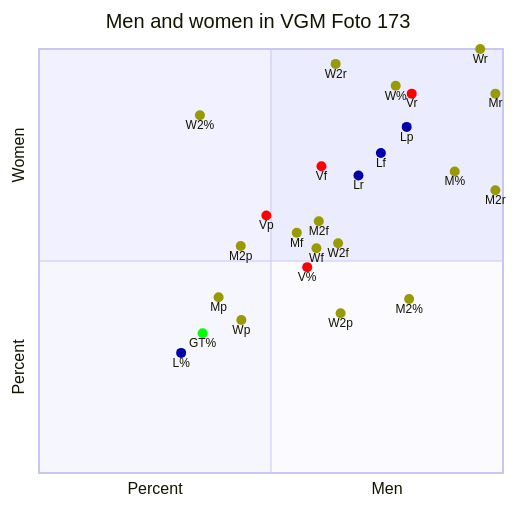
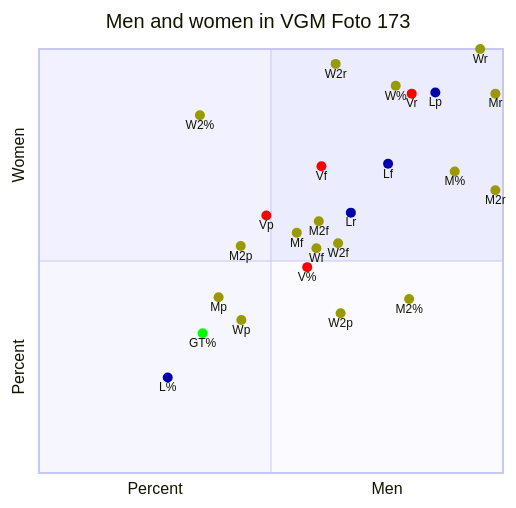
The fifth of 11 diagrams in browser/scatter.md (Modern36/tropes_1500), drawn with Mermaid before and after one commit. The commit also changed other lines of this file and 318 other files, not shown here.

````diff
--- a/browser/scatter.md
+++ b/browser/scatter.md
@@ -159,32 +159,32 @@
 ```mermaid
 quadrantChart
     title Men and women in VGM Foto 173
     x-axis Percent --> Men
     y-axis Percent --> Women
     M%: [0.8959537572254336, 0.7109826589595376] color: #999900
     M2%: [0.7976878612716763, 0.41040462427745666] color: #999900
     W%: [0.7687861271676301, 0.9132947976878613] color: #999900
     W2%: [0.3468208092485549, 0.8439306358381503] color: #999900
     GT%: [0.35260115606936415, 0.32947976878612717] color: #00FF00
     V%: [0.5780346820809249, 0.48554913294797686] color: #FF0000
-    L%: [0.3063583815028902, 0.2832369942196532] color: #0000AA
-    Lf: [0.7368421052631579, 0.7547169811320754]  color: #0000AA
-    Lp: [0.7924528301886793, 0.8163265306122449]  color: #0000AA
-    Lr: [0.6885245901639344, 0.7017543859649122]  color: #0000AA
-    Vf: [0.6086956521739131, 0.7234042553191489]  color: #FF0000
+    L%: [0.2774566473988439, 0.2254335260115607] color: #0000AA
+    Lf: [0.7522935779816514, 0.7291666666666666]  color: #0000AA
+    Lp: [0.8541666666666666, 0.8974358974358975]  color: #0000AA
+    Lr: [0.6721311475409836, 0.6140350877192983]  color: #0000AA
+    Vf: [0.6086956521739131, 0.723404255319149]  color: #FF0000
     Vp: [0.49, 0.6071428571428571]  color: #FF0000
     Vr: [0.8032786885245902, 0.8947368421052632]  color: #FF0000
-    W2f: [0.6446280991735538, 0.541871921182266]  color: #999900
+    W2f: [0.6446280991735537, 0.541871921182266]  color: #999900
     W2p: [0.65, 0.3767123287671233]  color: #999900
     W2r: [0.639344262295082, 0.9649122807017544]  color: #999900
-    Wf: [0.597938144329897, 0.5302325581395348]  color: #999900
+    Wf: [0.5979381443298969, 0.5302325581395348]  color: #999900
     Wp: [0.43609022556390975, 0.36075949367088606]  color: #999900
     Wr: [0.9508196721311475, 0.9999]  color: #999900
-    M2f: [0.6030150753768845, 0.5937499999999999]  color: #999900
+    M2f: [0.6030150753768844, 0.59375]  color: #999900
     M2p: [0.43478260869565216, 0.5352112676056338]  color: #999900
     M2r: [0.9836065573770492, 0.6666666666666666]  color: #999900
     Mf: [0.5555555555555556, 0.5666666666666667]  color: #999900
     Mp: [0.3870967741935484, 0.4146341463414634]  color: #999900
     Mr: [0.9836065573770492, 0.8947368421052632]  color: #999900
 
 ```
````
